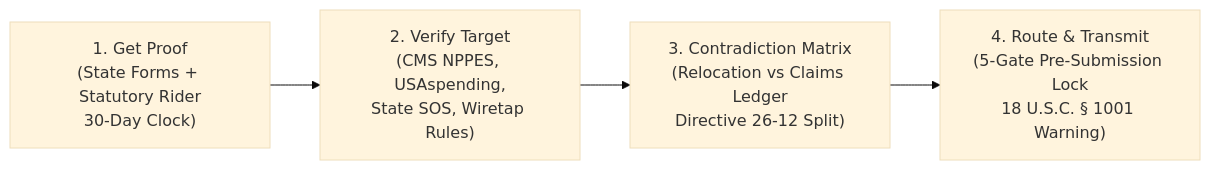
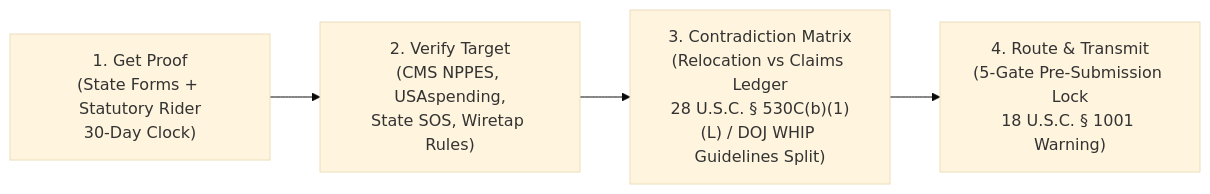
Before and after one commit to Just-Liberty-Incorporated/JustLegalOS: the second of 2 diagrams in README.md, drawn with Mermaid (base theme). The commit also changed other lines of this file and 21 other files, not shown here.

````diff
--- a/README.md
+++ b/README.md
@@ -234,14 +234,14 @@
 ```mermaid
 flowchart LR
     S1["1. Get Proof
 (State Forms + Statutory Rider
 30-Day Clock)"] --> S2["2. Verify Target
 (CMS NPPES, USAspending,
 State SOS, Wiretap Rules)"]
     S2 --> S3["3. Contradiction Matrix
 (Relocation vs Claims Ledger
-Directive 26-12 Split)"]
+28 U.S.C. § 530C(b)(1)(L) / DOJ WHIP Guidelines Split)"]
     S3 --> S4["4. Route & Transmit
 (5-Gate Pre-Submission Lock
 18 U.S.C. § 1001 Warning)"]
 ```
````
